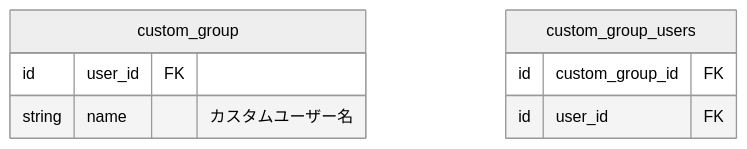
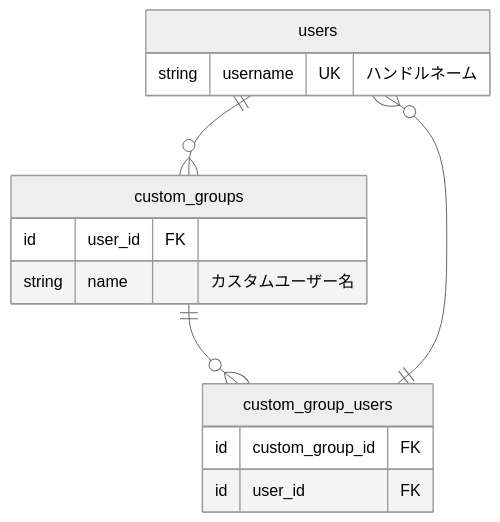
Diagram 11 of 12 in docs/conceptual_schemas/users.md (bright-org/bright), drawn with Mermaid (neutral theme) before and after one commit.

Commit message:
カスタムグループ修正

````diff
--- a/docs/conceptual_schemas/users.md
+++ b/docs/conceptual_schemas/users.md
@@ -154,13 +154,21 @@
 ```mermaid
 erDiagram
-  custom_group {
+  "users"||--o{"custom_groups" : ""
+  "custom_groups"||--o{"custom_group_users" : ""
+  "custom_group_users"||--o{"users" : ""
+
+  users {
+    string username UK "ハンドルネーム"
+  }
+
+  custom_groups {
     id user_id FK
     string name "カスタムユーザー名"
   }
 
   custom_group_users {
     id custom_group_id FK
     id user_id FK
   }
 
 ```
````
